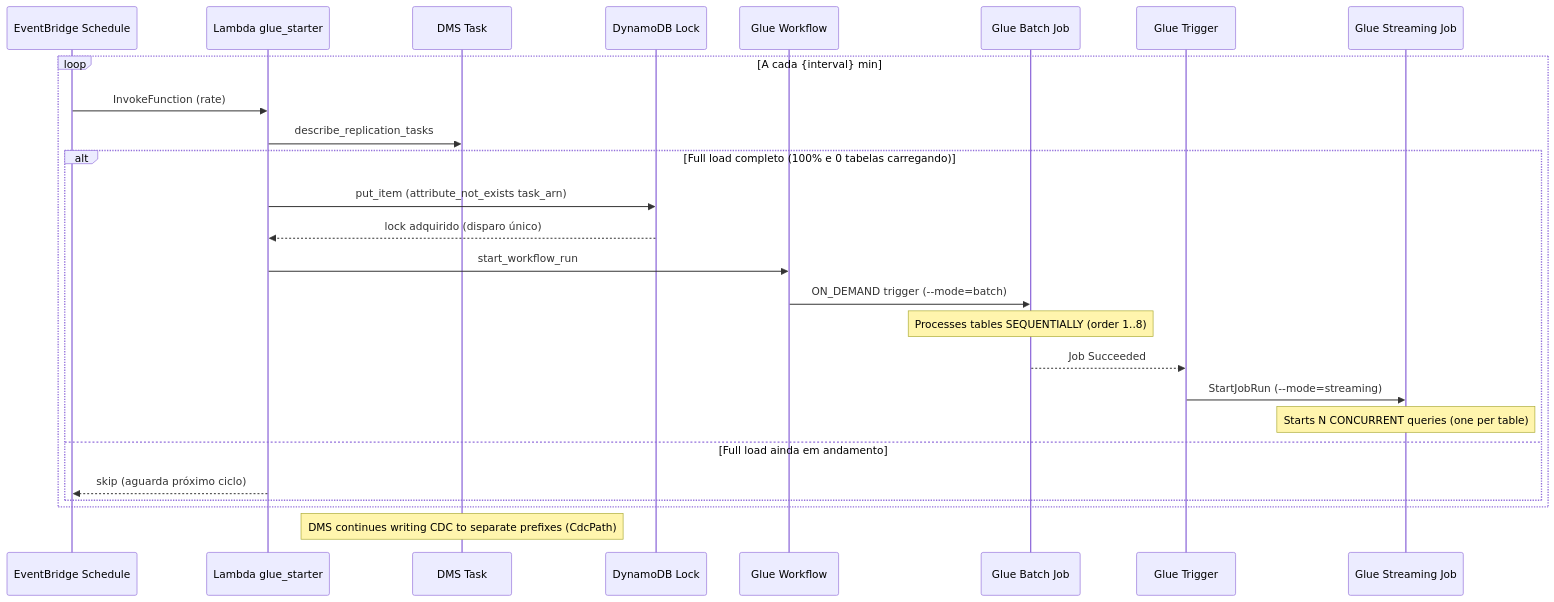
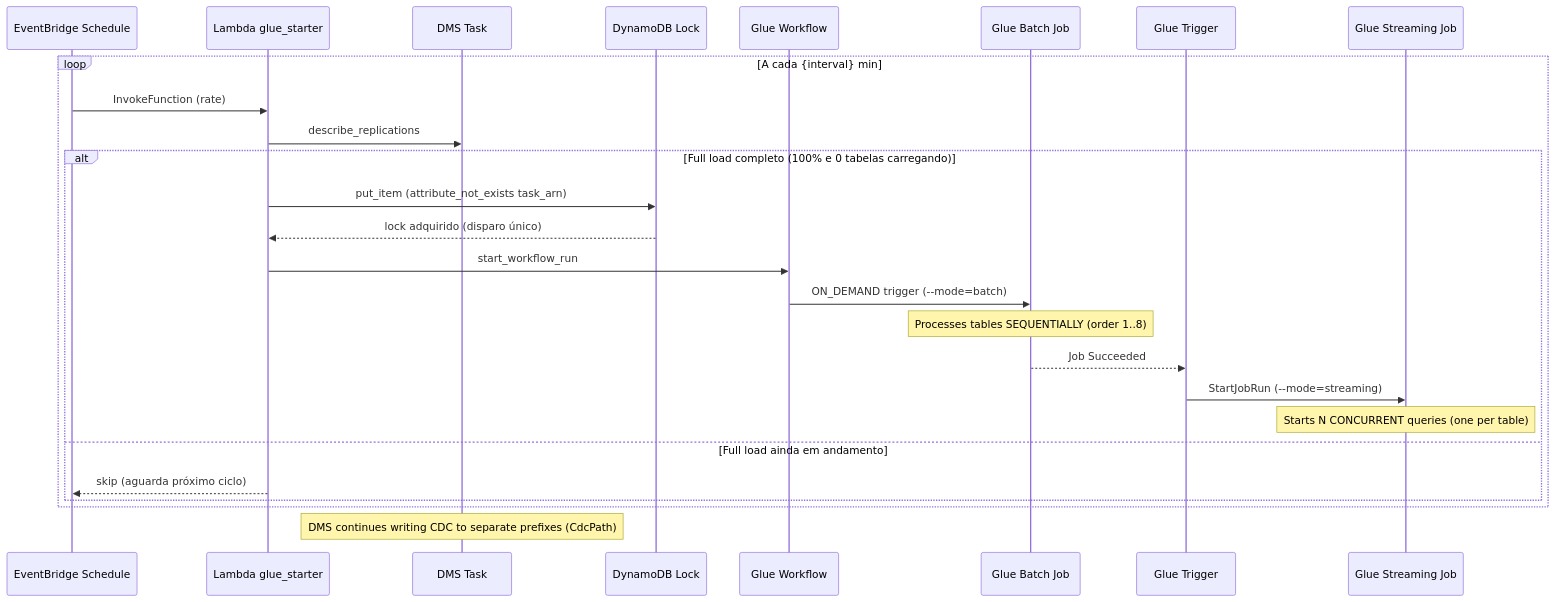
One commit to jamilvilela/aws-streaming-flight-radar-glue changed the second of 2 diagrams in docs-sdd/plan.md. Above: the diagram before and after it, drawn with Mermaid. The commit also changed 8 other files, not shown here.

Commit message:
feat: update DMS task references to use Serverless replication config and adjust related documentation

````diff
--- a/docs-sdd/plan.md
+++ b/docs-sdd/plan.md
@@ -282,29 +282,29 @@
 ```mermaid
 sequenceDiagram
     participant SCHED as EventBridge Schedule
     participant Lambda as Lambda glue_starter
     participant DMS as DMS Task
     participant LOCK as DynamoDB Lock
     participant WF as Glue Workflow
     participant Batch as Glue Batch Job
     participant Trigger as Glue Trigger
     participant Stream as Glue Streaming Job
 
     loop A cada {interval} min
         SCHED->>Lambda: InvokeFunction (rate)
-        Lambda->>DMS: describe_replication_tasks
+        Lambda->>DMS: describe_replications
         alt Full load completo (100% e 0 tabelas carregando)
             Lambda->>LOCK: put_item (attribute_not_exists task_arn)
             LOCK-->>Lambda: lock adquirido (disparo único)
             Lambda->>WF: start_workflow_run
             WF->>Batch: ON_DEMAND trigger (--mode=batch)
             Note over Batch: Processes tables SEQUENTIALLY (order 1..8)
             Batch-->>Trigger: Job Succeeded
             Trigger->>Stream: StartJobRun (--mode=streaming)
             Note over Stream: Starts N CONCURRENT queries (one per table)
         else Full load ainda em andamento
             Lambda-->>SCHED: skip (aguarda próximo ciclo)
         end
     end
     Note over DMS: DMS continues writing CDC to separate prefixes (CdcPath)
 ```
````
